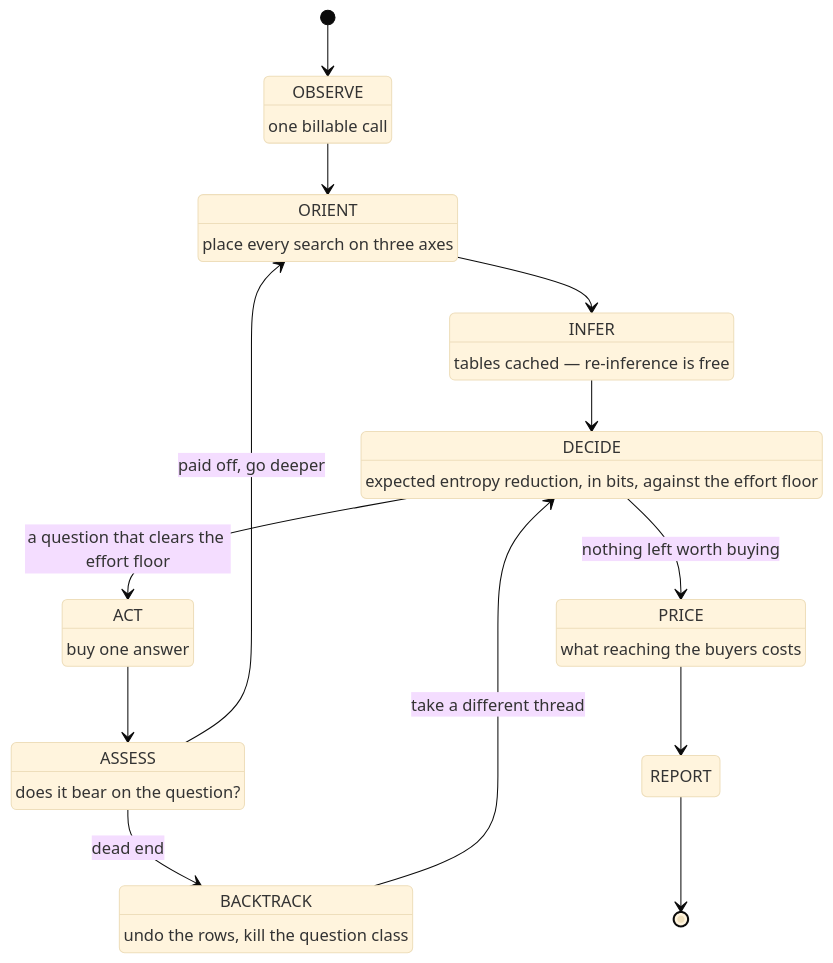
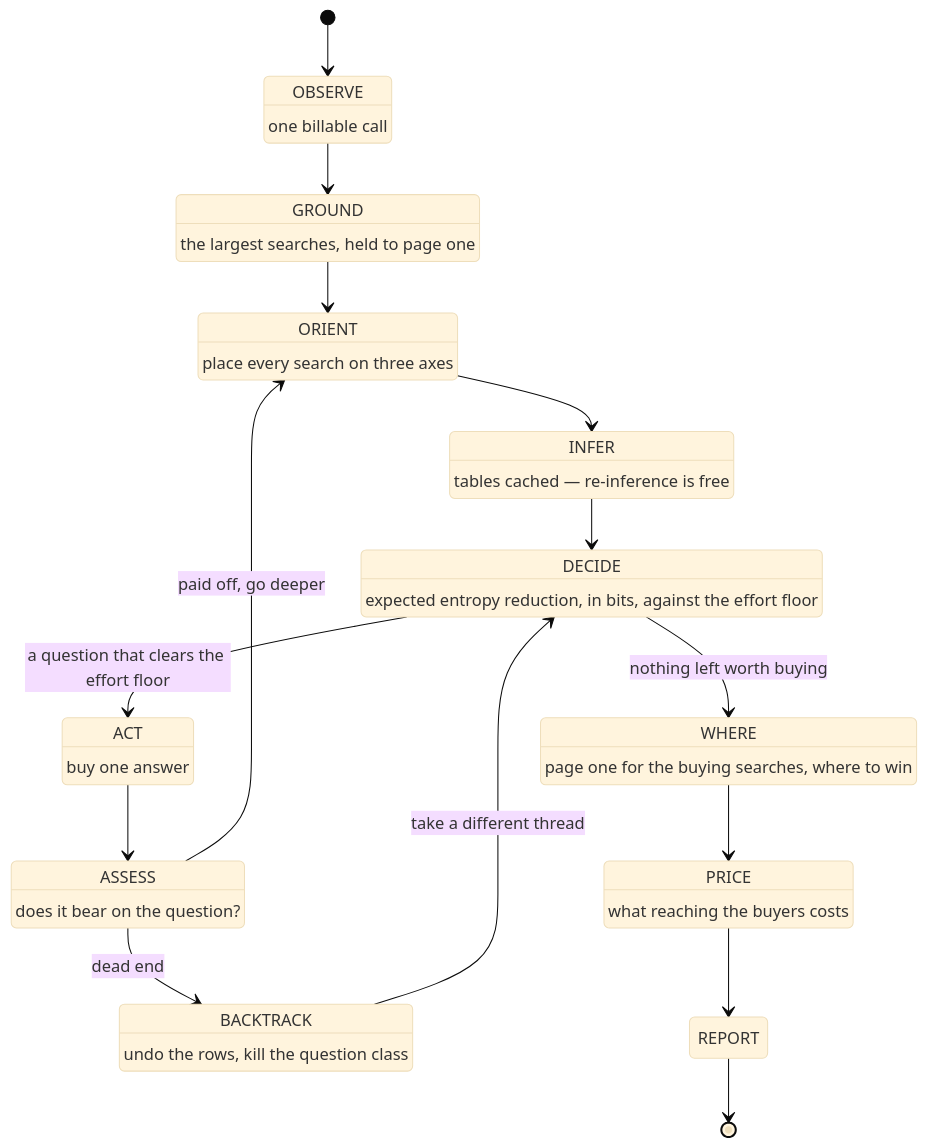
Before and after one commit to samsam32118/demandEngine2: the second of 3 diagrams in .claude/skills/keyword-insights/references/flow.md, drawn with Mermaid (base theme). The commit also changed other lines of this file and 12 other files, not shown here.

First line of the commit message:
Hold the market to page one and add the practitioners' where-to-win findings

````diff
--- a/.claude/skills/keyword-insights/references/flow.md
+++ b/.claude/skills/keyword-insights/references/flow.md
@@ -118,33 +131,39 @@
 ```mermaid
 stateDiagram-v2
     [*] --> OBSERVE
     OBSERVE: OBSERVE
     OBSERVE: one billable call
+    GROUND: GROUND
+    GROUND: the largest searches, held to page one
     ORIENT: ORIENT
     ORIENT: place every search on three axes
     INFER: INFER
     INFER: tables cached — re-inference is free
     DECIDE: DECIDE
     DECIDE: expected entropy reduction, in bits, against the effort floor
     ACT: ACT
     ACT: buy one answer
     ASSESS: ASSESS
     ASSESS: does it bear on the question?
     BACKTRACK: BACKTRACK
     BACKTRACK: undo the rows, kill the question class
+    WHERE: WHERE
+    WHERE: page one for the buying searches, where to win
     PRICE: PRICE
     PRICE: what reaching the buyers costs
     REPORT: REPORT
 
-    OBSERVE --> ORIENT
+    OBSERVE --> GROUND
+    GROUND --> ORIENT
     ORIENT --> INFER
     INFER --> DECIDE
     DECIDE --> ACT: a question that clears the effort floor
-    DECIDE --> PRICE: nothing left worth buying
+    DECIDE --> WHERE: nothing left worth buying
+    WHERE --> PRICE
     ACT --> ASSESS
     ASSESS --> ORIENT: paid off, go deeper
     ASSESS --> BACKTRACK: dead end
     BACKTRACK --> DECIDE: take a different thread
     PRICE --> REPORT
     REPORT --> [*]
 ```
````
